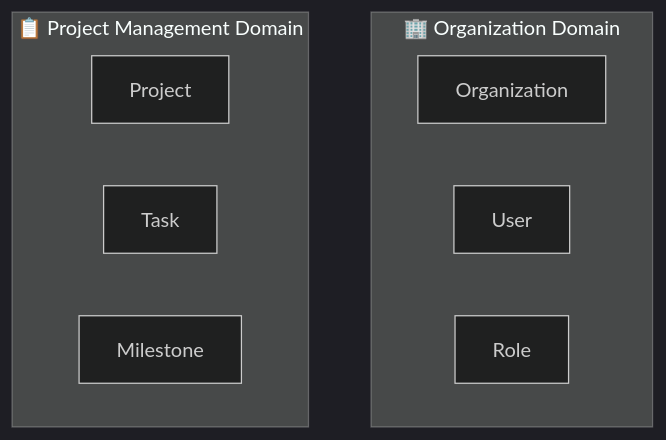
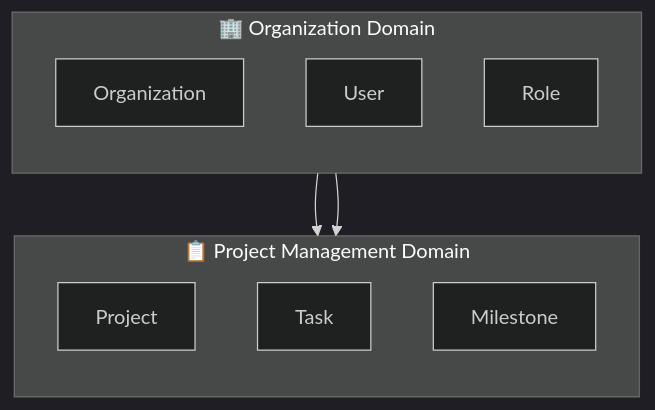
One commit to daichiTAAA/AgentOpsPlatform changed the first of 17 diagrams in docs/030000_設計/034000_アプリケーション設計/034010_ドメインモデル.md. Above: the diagram before and after it, drawn with Mermaid (dark theme). The commit also changed other lines of this file, not shown here.

````diff
--- a/docs/030000_設計/034000_アプリケーション設計/034010_ドメインモデル.md
+++ b/docs/030000_設計/034000_アプリケーション設計/034010_ドメインモデル.md
@@ -28,14 +28,19 @@
 ```mermaid
 graph TD
     subgraph "🏢 Organization Domain"
+        direction TB
         ORG[Organization]
         USER[User]
         ROLE[Role]
     end
 
     subgraph "📋 Project Management Domain"
+        direction TB
         PROJ[Project]
         TASK[Task]
         MILESTONE[Milestone]
     end
+
+    ORG --> PROJ
+    USER --> TASK
 ```
````
